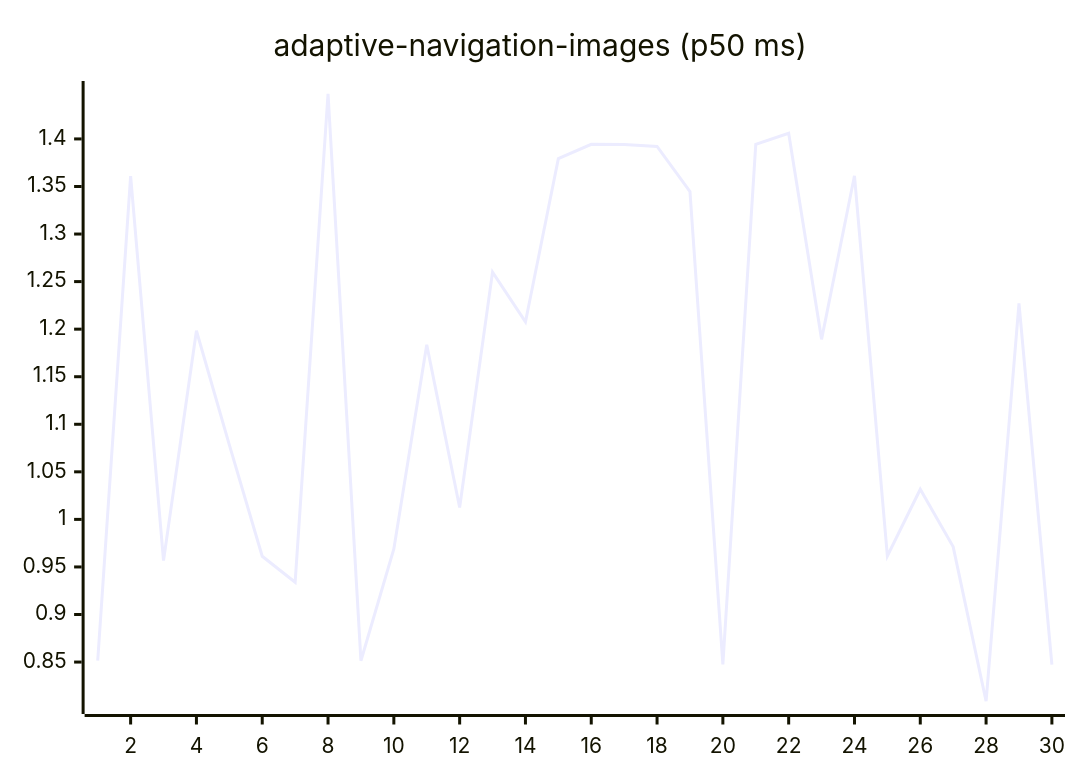
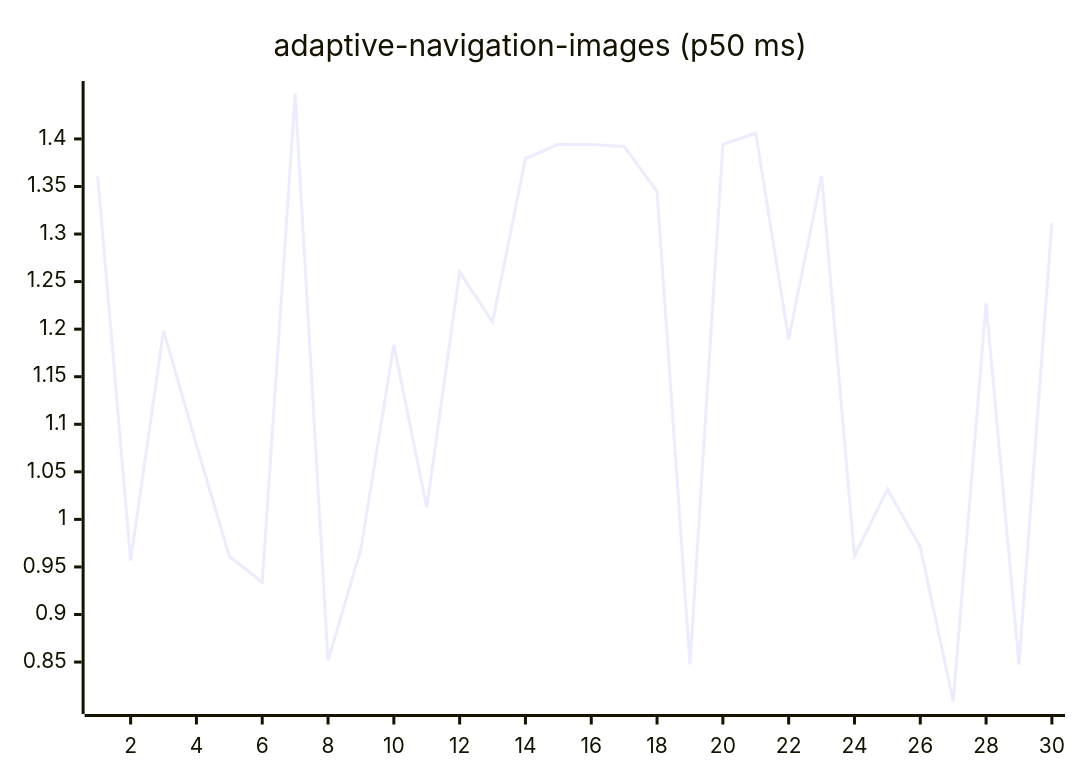
Before and after one commit to josha/Facet: the first of 27 diagrams in README.md, drawn with Mermaid. The commit also changed other lines of this file and 2 other files, not shown here.

````diff
--- a/README.md
+++ b/README.md
@@ -63,6 +63,6 @@
 ```mermaid
 xychart-beta
     title "adaptive-navigation-images (p50 ms)"
     x-axis 1 --> 30
-    line [0.8516, 1.3610, 0.9567, 1.1983, 1.0783, 0.9612, 0.9339, 1.4475, 0.8514, 0.9690, 1.1835, 1.0125, 1.2600, 1.2076, 1.3793, 1.3944, 1.3942, 1.3921, 1.3447, 0.8475, 1.3944, 1.4060, 1.1893, 1.3612, 0.9615, 1.0317, 0.9711, 0.8088, 1.2271, 0.8473]
+    line [1.3610, 0.9567, 1.1983, 1.0783, 0.9612, 0.9339, 1.4475, 0.8514, 0.9690, 1.1835, 1.0125, 1.2600, 1.2076, 1.3793, 1.3944, 1.3942, 1.3921, 1.3447, 0.8475, 1.3944, 1.4060, 1.1893, 1.3612, 0.9615, 1.0317, 0.9711, 0.8088, 1.2271, 0.8473, 1.3121]
 ```
````
